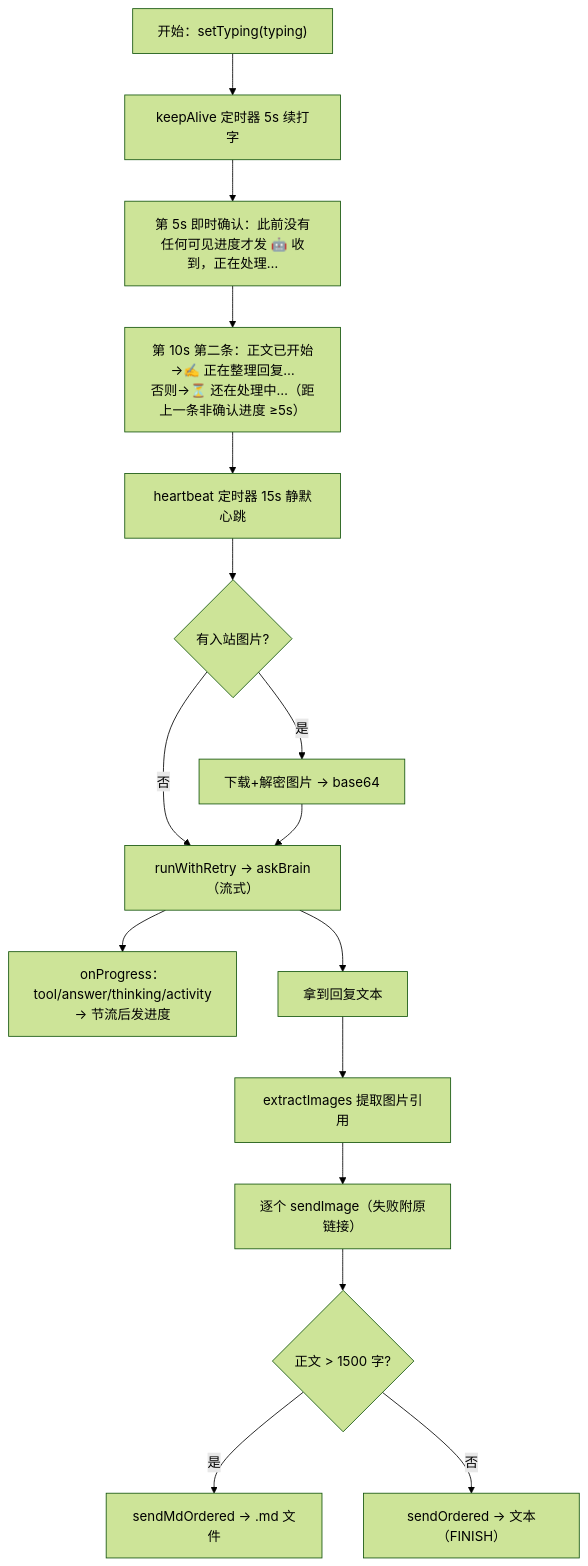
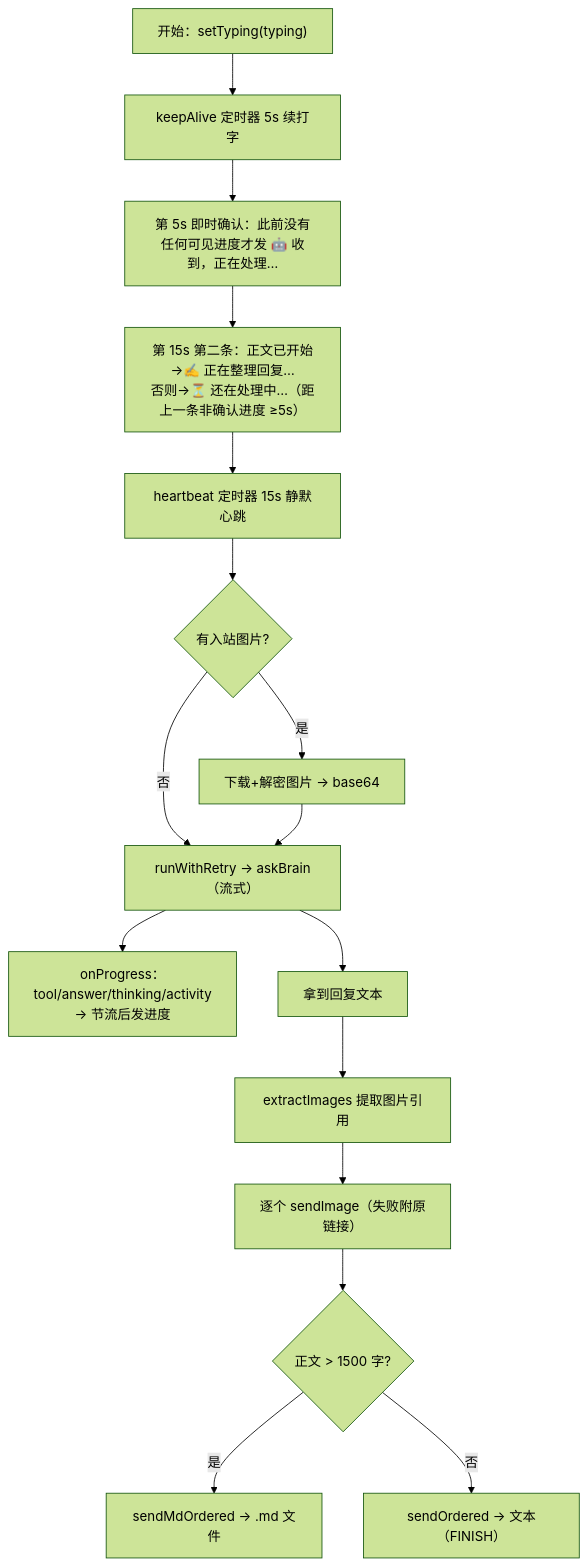
One commit to imwangpan/WeMind changed the third of 4 diagrams in docs/repowiki/05-daemon.md. Above: the diagram before and after it, drawn with Mermaid (forest theme). The commit also changed other lines of this file and 7 other files, not shown here.

````diff
--- a/docs/repowiki/05-daemon.md
+++ b/docs/repowiki/05-daemon.md
@@ -171,18 +171,18 @@
 ```mermaid
 graph TD
     S["开始：setTyping(typing)"] --> KA["keepAlive 定时器 5s 续打字"]
     KA --> ACK["第 5s 即时确认：此前没有任何可见进度才发 🤖 收到，正在处理…"]
-    ACK --> N10["第 10s 第二条：正文已开始→✍️ 正在整理回复…<br/>否则→⏳ 还在处理中…（距上一条非确认进度 ≥5s）"]
-    N10 --> HB["heartbeat 定时器 15s 静默心跳"]
+    ACK --> N15["第 15s 第二条：正文已开始→✍️ 正在整理回复…<br/>否则→⏳ 还在处理中…（距上一条非确认进度 ≥5s）"]
+    N15 --> HB["heartbeat 定时器 15s 静默心跳"]
     HB --> IMG{"有入站图片?"}
     IMG -->|是| DL["下载+解密图片 → base64"]
     IMG -->|否| RUN
     DL --> RUN["runWithRetry → askBrain（流式）"]
     RUN --> PROG["onProgress：tool/answer/thinking/activity<br/>→ 节流后发进度"]
     RUN --> ANS["拿到回复文本"]
     ANS --> EXIMG["extractImages 提取图片引用"]
     EXIMG --> SENDIMG["逐个 sendImage（失败附原链接）"]
     SENDIMG --> LONG{"正文 > 1500 字?"}
     LONG -->|是| MD["sendMdOrdered → .md 文件"]
     LONG -->|否| TXT["sendOrdered → 文本（FINISH）"]
 ```
````
